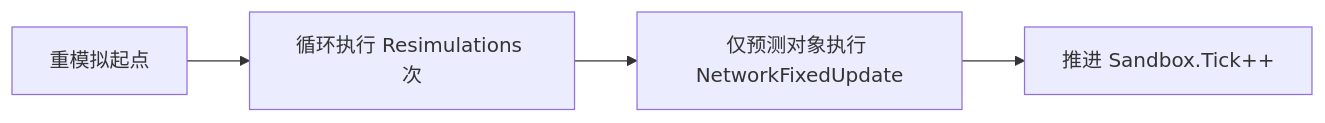
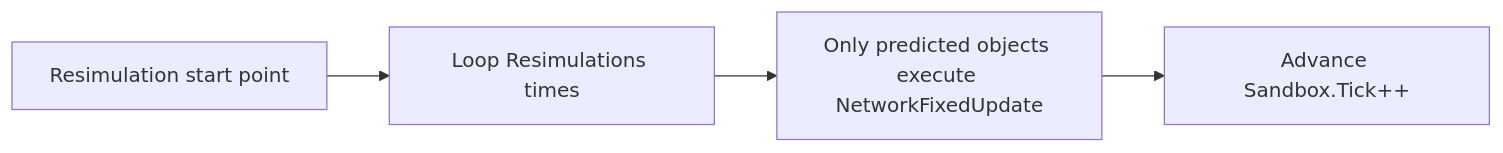
One commit to Canglangzi/NetickDocumentation changed the fourth of 6 diagrams in NetworkNodes/English/Netick/notion/Prediction.md. Above: the diagram before and after it, drawn with Mermaid. The commit also changed other lines of this file, not shown here.

````diff
--- a/NetworkNodes/English/Netick/notion/Prediction.md
+++ b/NetworkNodes/English/Netick/notion/Prediction.md
@@ -38,6 +34,7 @@
-```mermaid 
+```mermaid
 graph LR
-    E[重模拟起点] --> F[循环执行 Resimulations 次]
-    F --> G[仅预测对象执行 NetworkFixedUpdate]
-    G --> H[推进 Sandbox.Tick++]
+E[Resimulation start point] --> F[Loop Resimulations times]
+F --> G[Only predicted objects execute NetworkFixedUpdate]
+G --> H[Advance Sandbox.Tick++]
+
 ```
````
